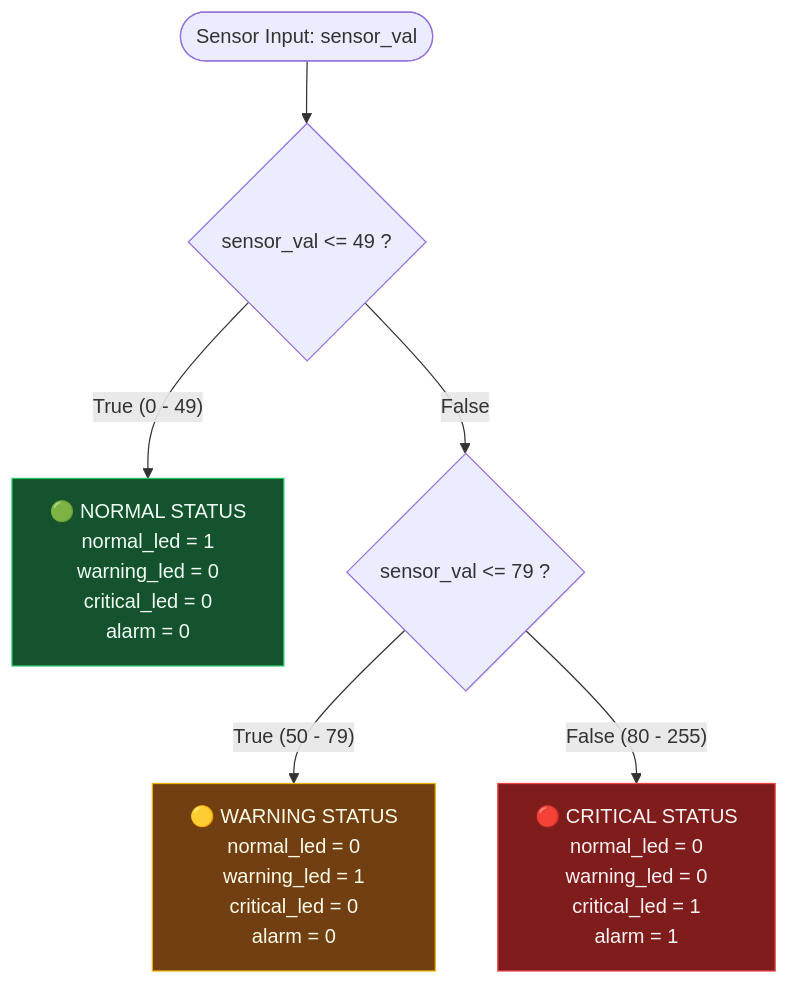
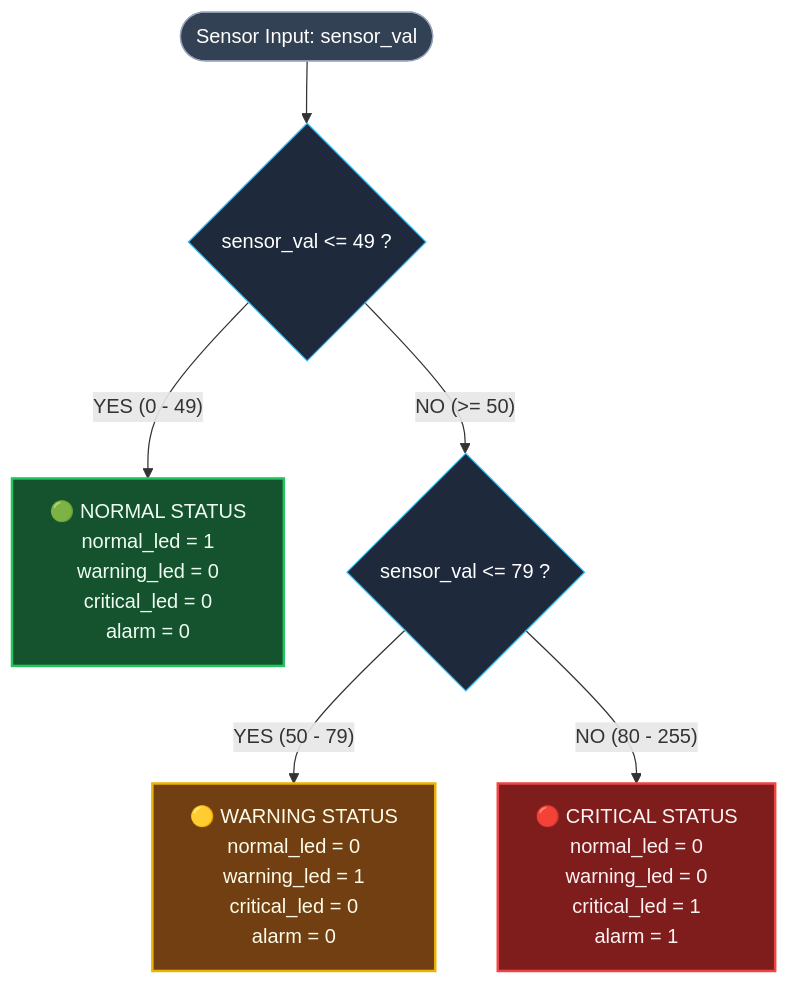
The second of 2 diagrams in README.md (abhishek947kumar/sensor-status-decision-unit), drawn with Mermaid before and after one commit. The commit also changed other lines of this file, not shown here.

Commit message:
docs: fix and clarify block diagram range conditions and flowchart

````diff
--- a/README.md
+++ b/README.md
@@ -81,16 +81,19 @@
 ```mermaid
 flowchart TD
     START([Sensor Input: sensor_val]) --> C1{"sensor_val <= 49 ?"}
     
-    C1 -- "True (0 - 49)" --> NORM["🟢 NORMAL STATUS<br/>normal_led = 1<br/>warning_led = 0<br/>critical_led = 0<br/>alarm = 0"]
+    C1 -- "YES (0 - 49)" --> NORM["🟢 NORMAL STATUS<br/>normal_led = 1<br/>warning_led = 0<br/>critical_led = 0<br/>alarm = 0"]
     
-    C1 -- False --> C2{"sensor_val <= 79 ?"}
+    C1 -- "NO (>= 50)" --> C2{"sensor_val <= 79 ?"}
     
-    C2 -- "True (50 - 79)" --> WARN["🟡 WARNING STATUS<br/>normal_led = 0<br/>warning_led = 1<br/>critical_led = 0<br/>alarm = 0"]
+    C2 -- "YES (50 - 79)" --> WARN["🟡 WARNING STATUS<br/>normal_led = 0<br/>warning_led = 1<br/>critical_led = 0<br/>alarm = 0"]
     
-    C2 -- "False (80 - 255)" --> CRIT["🔴 CRITICAL STATUS<br/>normal_led = 0<br/>warning_led = 0<br/>critical_led = 1<br/>alarm = 1"]
+    C2 -- "NO (80 - 255)" --> CRIT["🔴 CRITICAL STATUS<br/>normal_led = 0<br/>warning_led = 0<br/>critical_led = 1<br/>alarm = 1"]
 
-    style NORM fill:#14532d,stroke:#22c55e,color:#f0fdf4
-    style WARN fill:#713f12,stroke:#eab308,color:#fefce8
-    style CRIT fill:#7f1d1d,stroke:#ef4444,color:#fef2f2
+    style START fill:#334155,stroke:#94a3b8,color:#fff
+    style C1 fill:#1e293b,stroke:#38bdf8,color:#fff
+    style C2 fill:#1e293b,stroke:#38bdf8,color:#fff
+    style NORM fill:#14532d,stroke:#22c55e,stroke-width:2px,color:#f0fdf4
+    style WARN fill:#713f12,stroke:#eab308,stroke-width:2px,color:#fefce8
+    style CRIT fill:#7f1d1d,stroke:#ef4444,stroke-width:2px,color:#fef2f2
 ```
````
